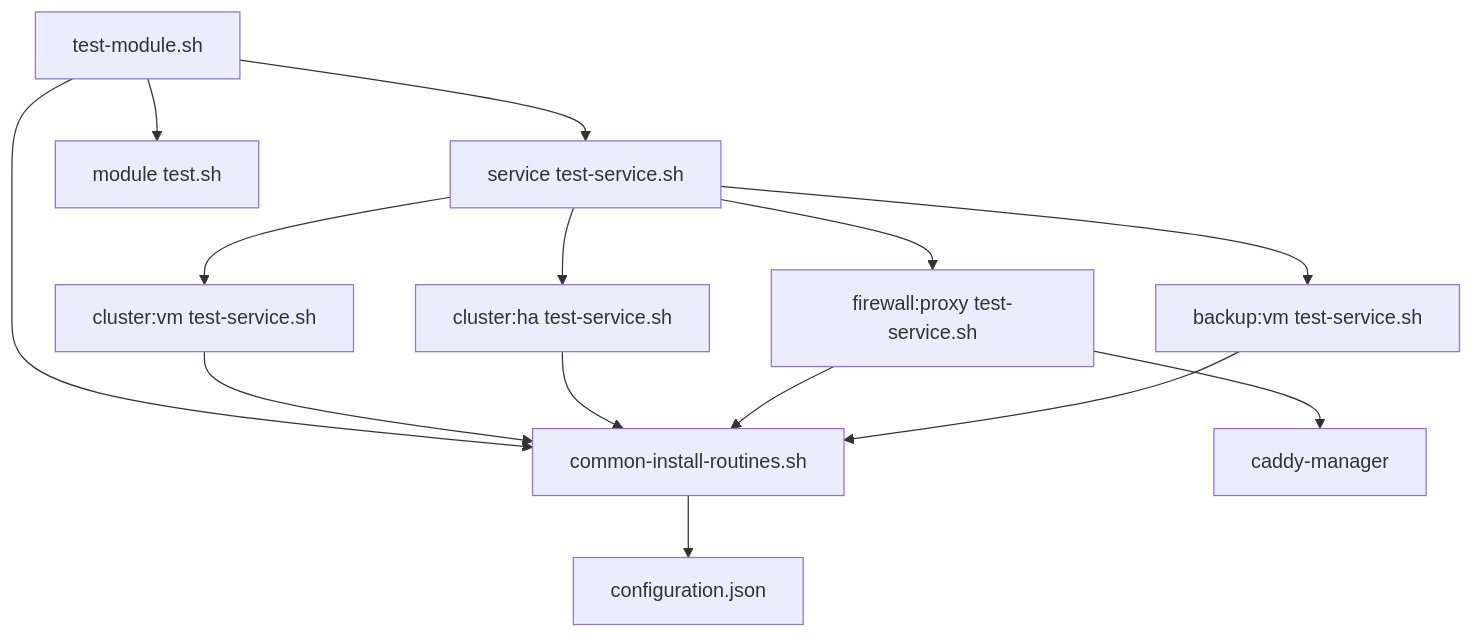
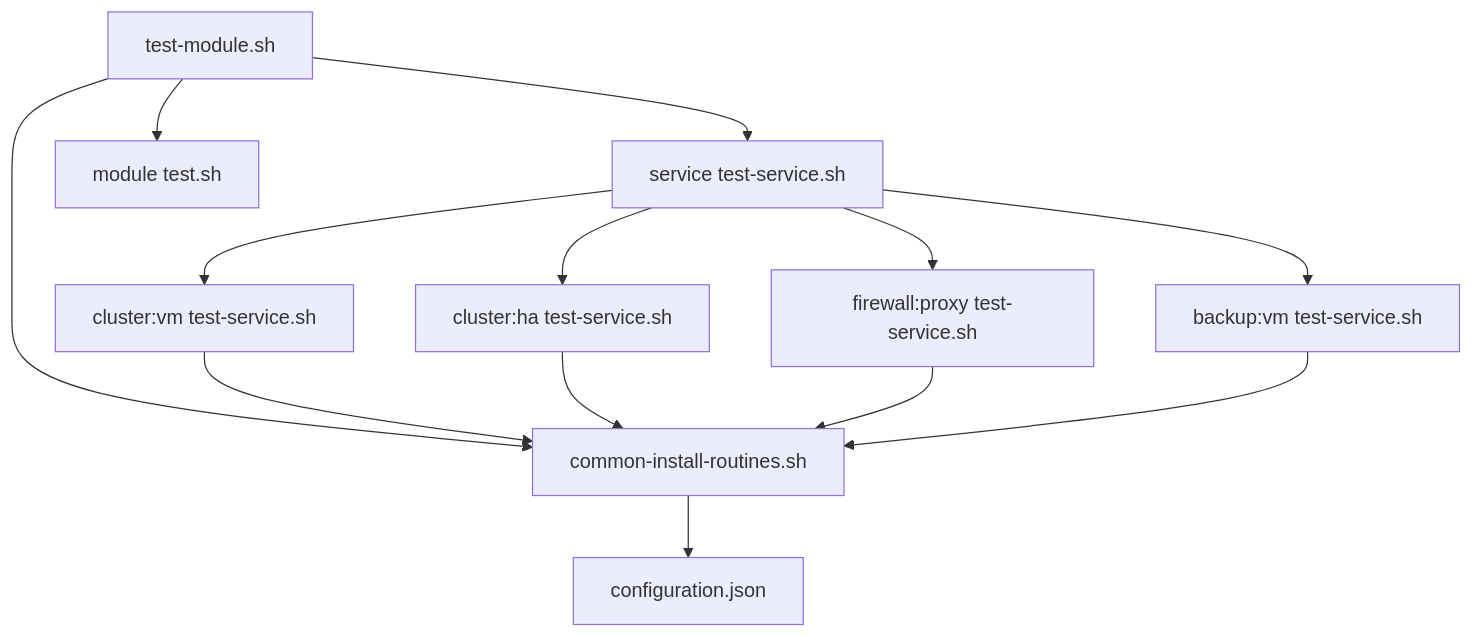
One commit to TAPPaaS/TAPPaaS changed the fourth of 14 diagrams in src/foundation/DEPENDENCIES.md. Above: the diagram before and after it, drawn with Mermaid. The commit also changed other lines of this file and 3 other files, not shown here.

Commit message:
updated dependency graphs

````diff
--- a/src/foundation/DEPENDENCIES.md
+++ b/src/foundation/DEPENDENCIES.md
@@ -215,16 +242,15 @@
 ```mermaid
 graph TD
     A["test-module.sh"] --> B["common-install-routines.sh"]
     A --> C["service test-service.sh"]
     A --> D["module test.sh"]
     C --> E["cluster:vm test-service.sh"]
     C --> F["cluster:ha test-service.sh"]
     C --> G["firewall:proxy test-service.sh"]
     C --> H["backup:vm test-service.sh"]
     E --> B
     F --> B
     G --> B
-    G --> I["caddy-manager"]
     H --> B
     B --> J["configuration.json"]
 ```
````
